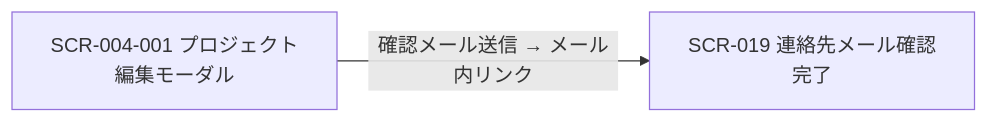
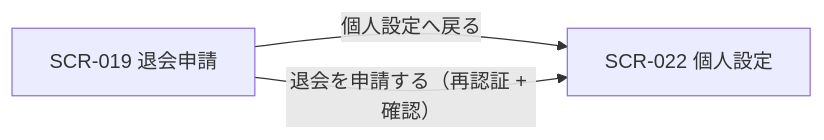
Before and after one commit to sikakou54/open-faq: the diagram in 02_basic_design/01_screens/SCR-019.md, drawn with Mermaid. The commit also changed other lines of this file and 617 other files, not shown here.

````diff
--- a/02_basic_design/01_screens/SCR-019.md
+++ b/02_basic_design/01_screens/SCR-019.md
@@ -35,6 +37,7 @@
 ```mermaid
 flowchart LR
-  S4["SCR-004-001 プロジェクト編集モーダル"]
-  S1["SCR-019 連絡先メール確認完了"]
-  S4 -->|確認メール送信 → メール内リンク| S1
+  S1["SCR-019 退会申請"]
+  S2["SCR-022 個人設定"]
+  S1 -->|個人設定へ戻る| S2
+  S1 -->|退会を申請する（再認証 + 確認）| S2
 ```
````
